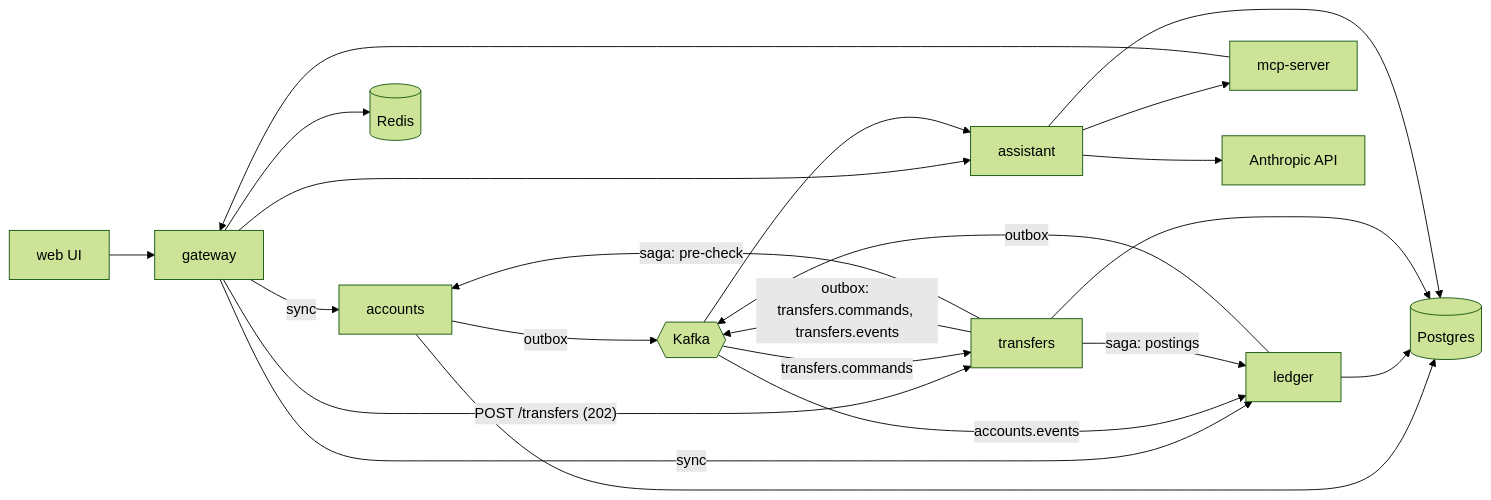
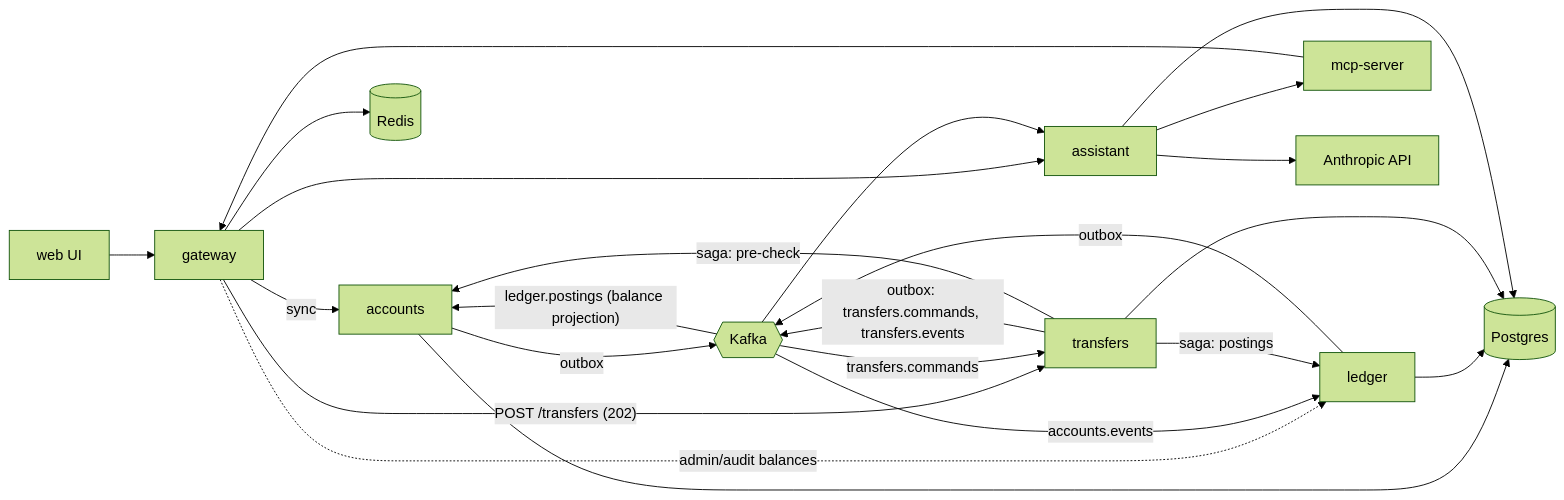
The diagram in specs/000-architecture.md (GodwinJacobR/mock-bank), drawn with Mermaid (forest theme) before and after one commit. The commit also changed other lines of this file and 18 other files, not shown here.

Commit message:
Spec and document accounts balance projection fed by ledger events

````diff
--- a/specs/000-architecture.md
+++ b/specs/000-architecture.md
@@ -19,24 +19,25 @@
 ```mermaid
 flowchart LR
   UI[web UI] --> GW[gateway]
   GW -- sync --> ACC[accounts]
-  GW -- sync --> LED[ledger]
+  GW -. "admin/audit balances" .-> LED[ledger]
   GW -- "POST /transfers (202)" --> TRF[transfers]
   GW --> AST[assistant]
   AST --> MCP[mcp-server]
   MCP --> GW
   ACC --> PG[(Postgres)]
   LED --> PG
   TRF --> PG
   AST --> PG
   LED -- outbox --> K{{Kafka}}
   ACC -- outbox --> K
   TRF -- "outbox: transfers.commands, transfers.events" --> K
   K -- accounts.events --> LED
+  K -- "ledger.postings (balance projection)" --> ACC
   K -- transfers.commands --> TRF
   TRF -- "saga: pre-check" --> ACC
   TRF -- "saga: postings" --> LED
   K --> AST
   GW --> R[(Redis)]
   AST --> LLM[Anthropic API]
 ```
````
